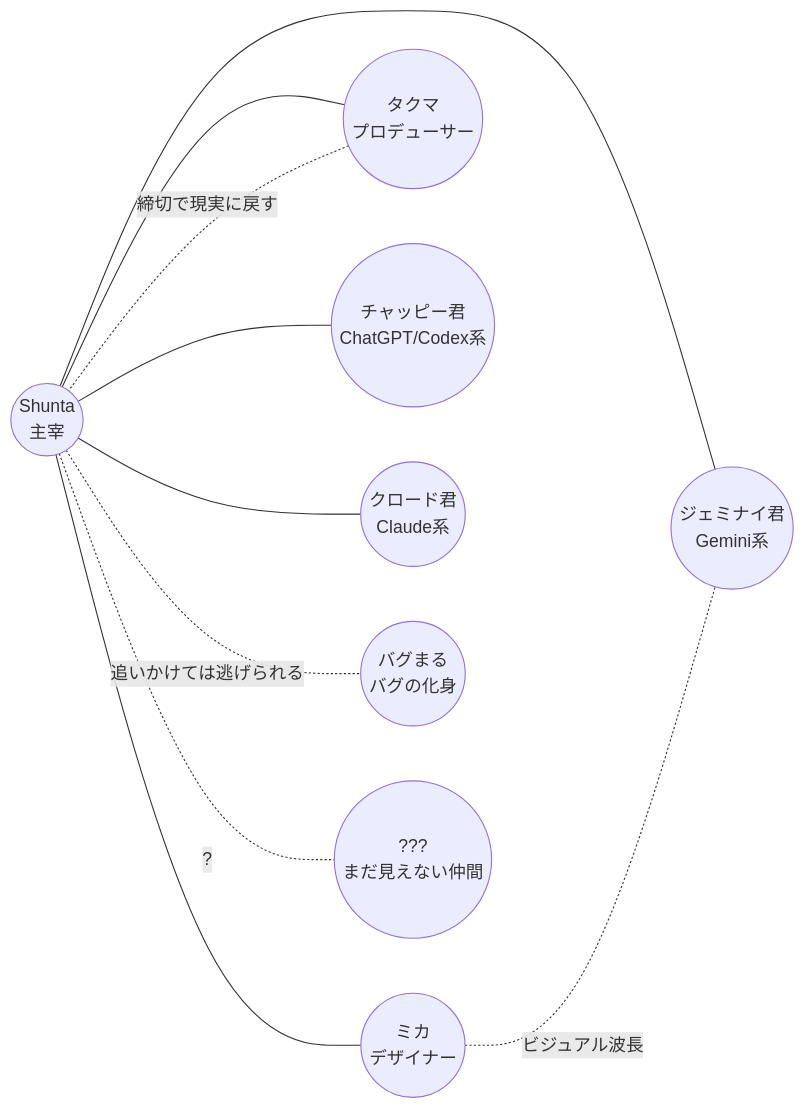
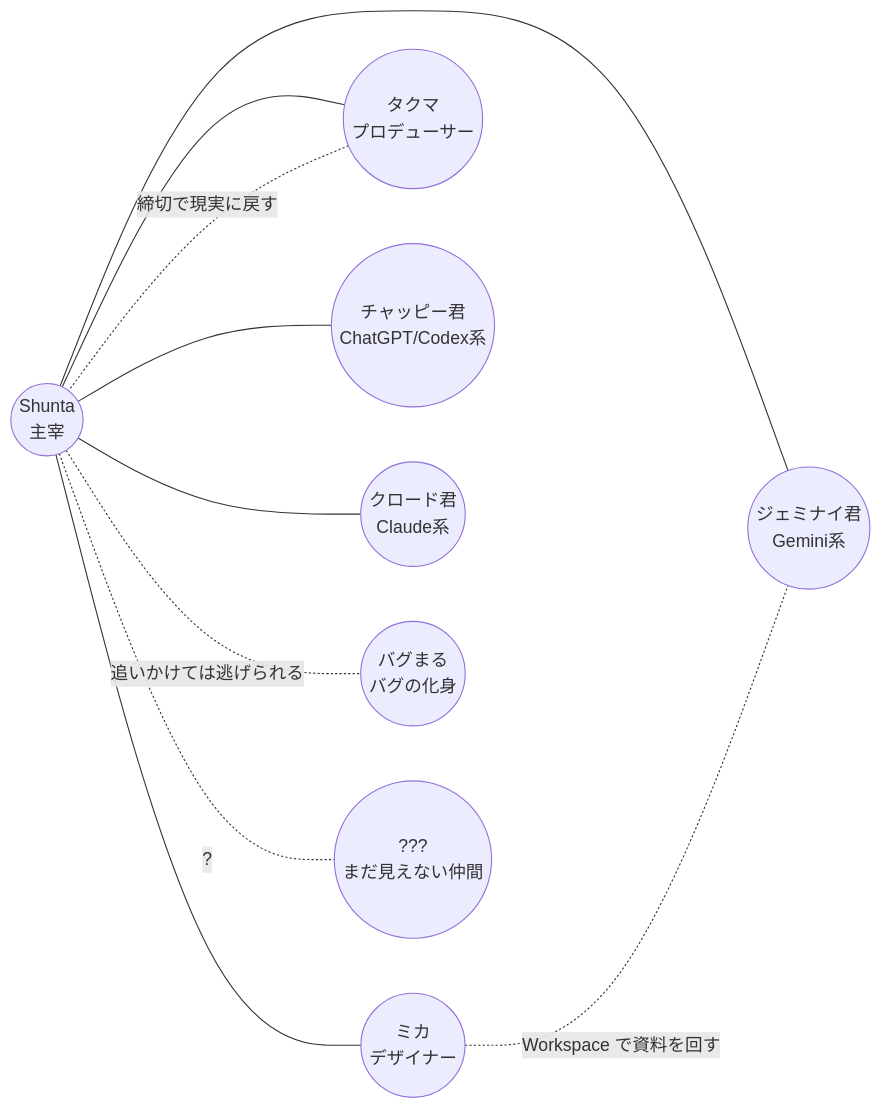
Before and after one commit to shunta-furukawa/four-panel-comics: the diagram in docs/origin.md, drawn with Mermaid. The commit also changed other lines of this file and 6 other files, not shown here.

````diff
--- a/docs/origin.md
+++ b/docs/origin.md
@@ -119,21 +124,21 @@
 ```mermaid
 flowchart LR
     Shunta((Shunta<br/>主宰))
     Mika((ミカ<br/>デザイナー))
     Takuma((タクマ<br/>プロデューサー))
     Chappy((チャッピー君<br/>ChatGPT/Codex系))
     Claude((クロード君<br/>Claude系))
     Geminai((ジェミナイ君<br/>Gemini系))
     Bugmaru((バグまる<br/>バグの化身))
     Future((???<br/>まだ見えない仲間))
 
     Shunta --- Mika
     Shunta --- Takuma
     Shunta --- Chappy
     Shunta --- Claude
     Shunta --- Geminai
     Shunta -. 追いかけては逃げられる .- Bugmaru
     Shunta -. ? .- Future
-    Mika -. ビジュアル波長 .- Geminai
+    Mika -. Workspace で資料を回す .- Geminai
     Takuma -. 締切で現実に戻す .- Shunta
 ```
````
